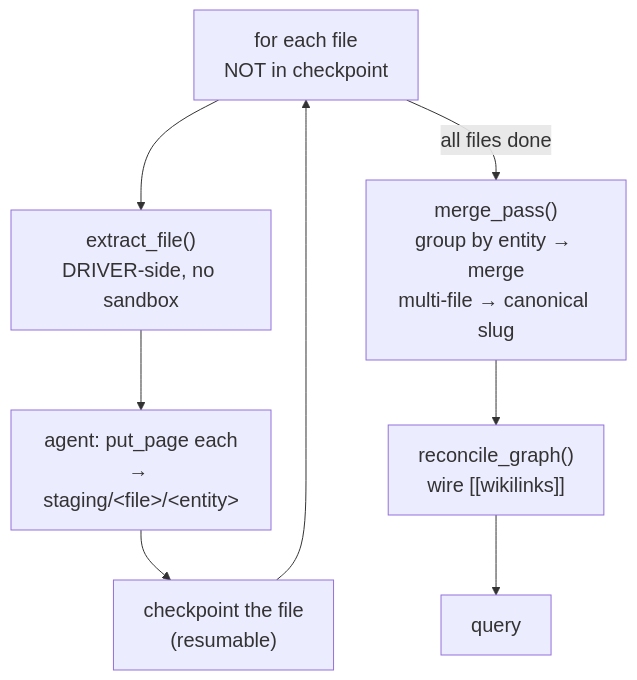
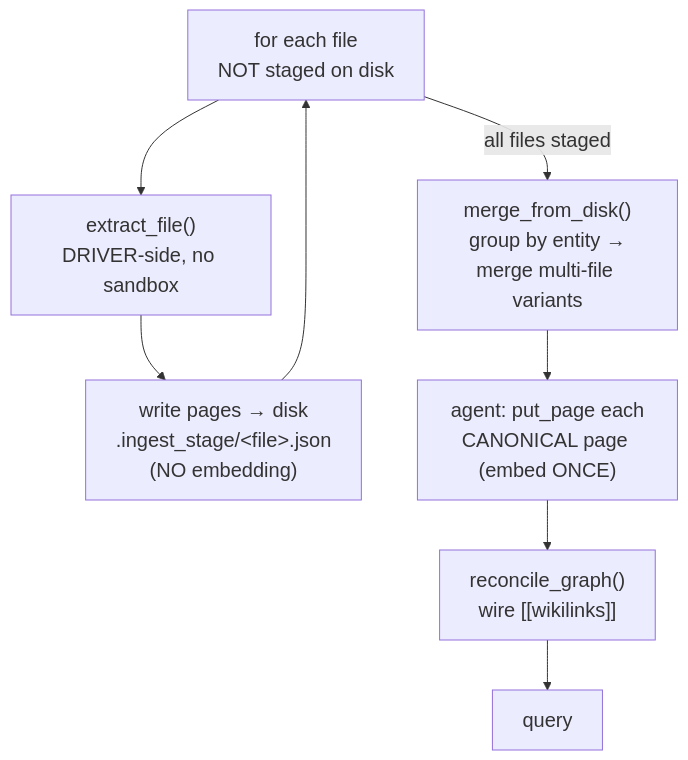
The fourth of 4 diagrams in Week 3.5.96 - Self-Wiring Memory (GBrain).md (shaneliuyx/agent-development-curriculum), drawn with Mermaid before and after one commit. The commit also changed other lines of this file, not shown here.

First line of the commit message:
docs(w3.5.96): Phase 8 → disk-staging design (embed each entity once, 65→18)

````diff
--- a/Week 3.5.96 - Self-Wiring Memory (GBrain).md
+++ b/Week 3.5.96 - Self-Wiring Memory (GBrain).md
@@ -1079,11 +1079,11 @@
 ```mermaid
 %%{init: {'theme':'default', 'themeVariables': {'fontSize':'20px'}}}%%
 flowchart TD
-  F["for each file<br/>NOT in checkpoint"] --> E["extract_file()<br/>DRIVER-side, no sandbox"]
-  E --> W["agent: put_page each<br/>→ staging/&lt;file&gt;/&lt;entity&gt;"]
-  W --> C["checkpoint the file<br/>(resumable)"]
-  C --> F
-  F -->|"all files done"| M["merge_pass()<br/>group by entity → merge<br/>multi-file → canonical slug"]
-  M --> R["reconcile_graph()<br/>wire [[wikilinks]]"]
+  F["for each file<br/>NOT staged on disk"] --> E["extract_file()<br/>DRIVER-side, no sandbox"]
+  E --> S["write pages → disk<br/>.ingest_stage/&lt;file&gt;.json<br/>(NO embedding)"]
+  S --> F
+  F -->|"all files staged"| M["merge_from_disk()<br/>group by entity →<br/>merge multi-file variants"]
+  M --> W["agent: put_page each<br/>CANONICAL page (embed ONCE)"]
+  W --> R["reconcile_graph()<br/>wire [[wikilinks]]"]
   R --> Q["query"]
 ```
````
